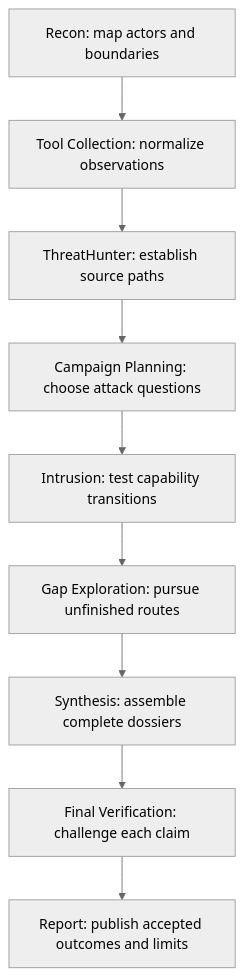
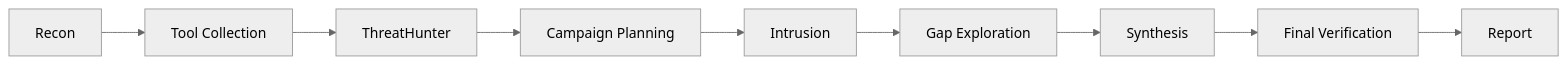
One commit to xfhg/vulnops changed the diagram in ARCHITECTURE.md. Above: the diagram before and after it, drawn with Mermaid (neutral theme). The commit also changed other lines of this file and 34 other files, not shown here.

````diff
--- a/ARCHITECTURE.md
+++ b/ARCHITECTURE.md
@@ -124,11 +77,6 @@
 ```mermaid
-flowchart TD
-    R[Recon: map actors and boundaries] --> T[Tool Collection: normalize observations]
-    T --> S[ThreatHunter: establish source paths]
-    S --> P[Campaign Planning: choose attack questions]
-    P --> I[Intrusion: test capability transitions]
-    I --> G[Gap Exploration: pursue unfinished routes]
-    G --> Y[Synthesis: assemble complete dossiers]
-    Y --> V[Final Verification: challenge each claim]
-    V --> O[Report: publish accepted outcomes and limits]
+flowchart LR
+    R[Recon] --> T[Tool Collection] --> S[ThreatHunter]
+    S --> P[Campaign Planning] --> I[Intrusion] --> G[Gap Exploration]
+    G --> Y[Synthesis] --> V[Final Verification] --> O[Report]
 ```
````
